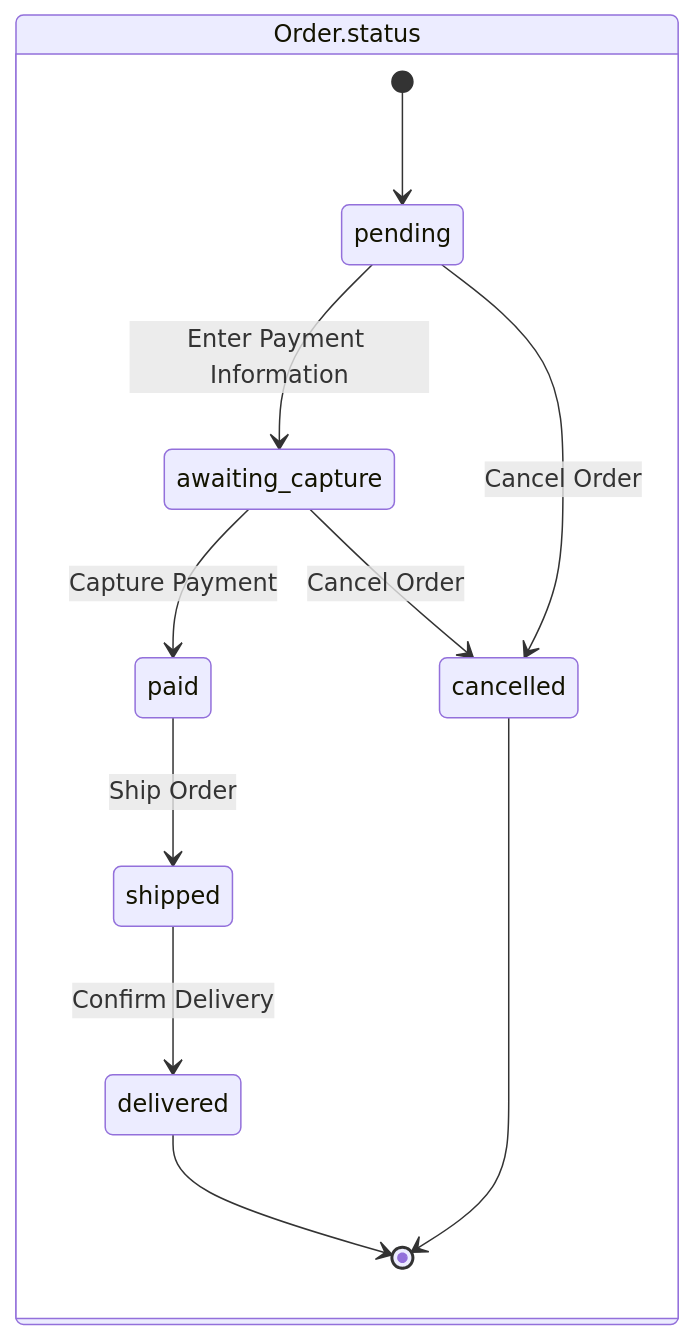
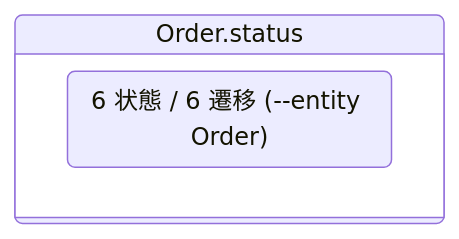
One commit to manji-0/rdra-ish-dsl changed the diagram in samples/ec-site/out/state.mmd. Above: the diagram before and after it, drawn with Mermaid. The commit also changed 33 other files, not shown here.

First line of the commit message:
feat(cli): draw state models per entity, index the whole model, colour findings

```diff
--- a/samples/ec-site/out/state.mmd
+++ b/samples/ec-site/out/state.mmd
@@ -1,27 +1,7 @@
 %% rdra-ish diagram=state scope=whole model=samples/ec-site
-%% kinds: statemodel state usecase
+%% kinds: statemodel state
 %% omitted: Payment.status (Enum without transitions)
 stateDiagram-v2
   state "Order.status" as statemodel__Order_status {
-    [*] --> state__Order_pending
-    state "pending" as state__Order_pending
-    state "awaiting_capture" as state__Order_awaiting_capture
-    state "paid" as state__Order_paid
-    state "shipped" as state__Order_shipped
-    state "delivered" as state__Order_delivered
-    state "cancelled" as state__Order_cancelled
-    %% transition usecase__InputPaymentInfo
-    state__Order_pending --> state__Order_awaiting_capture : Enter Payment Information
-    %% transition usecase__Cancel
-    state__Order_pending --> state__Order_cancelled : Cancel Order
-    %% transition usecase__Capture
-    state__Order_awaiting_capture --> state__Order_paid : Capture Payment
-    %% transition usecase__Cancel
-    state__Order_awaiting_capture --> state__Order_cancelled : Cancel Order
-    %% transition usecase__ShipOrder
-    state__Order_paid --> state__Order_shipped : Ship Order
-    %% transition usecase__DeliverOrder
-    state__Order_shipped --> state__Order_delivered : Confirm Delivery
-    state__Order_delivered --> [*]
-    state__Order_cancelled --> [*]
+    state "6 状態 / 6 遷移 (--entity Order)" as index__Order_status
   }
```
